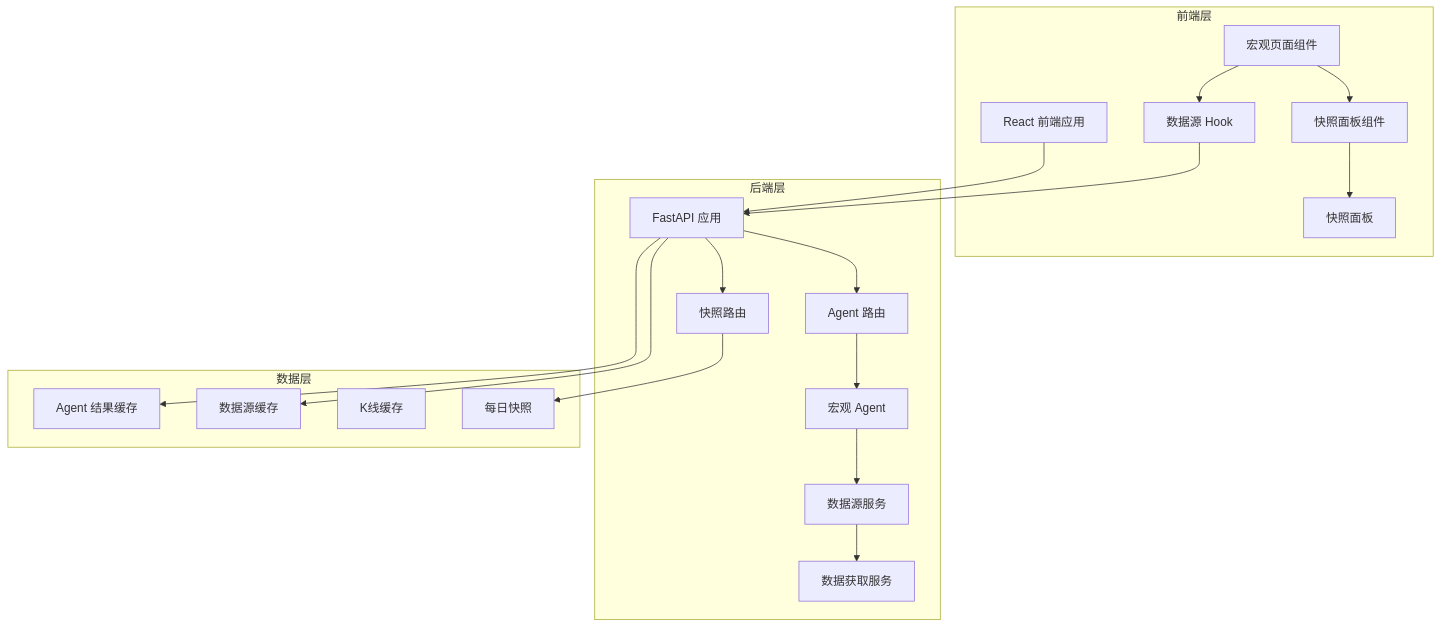
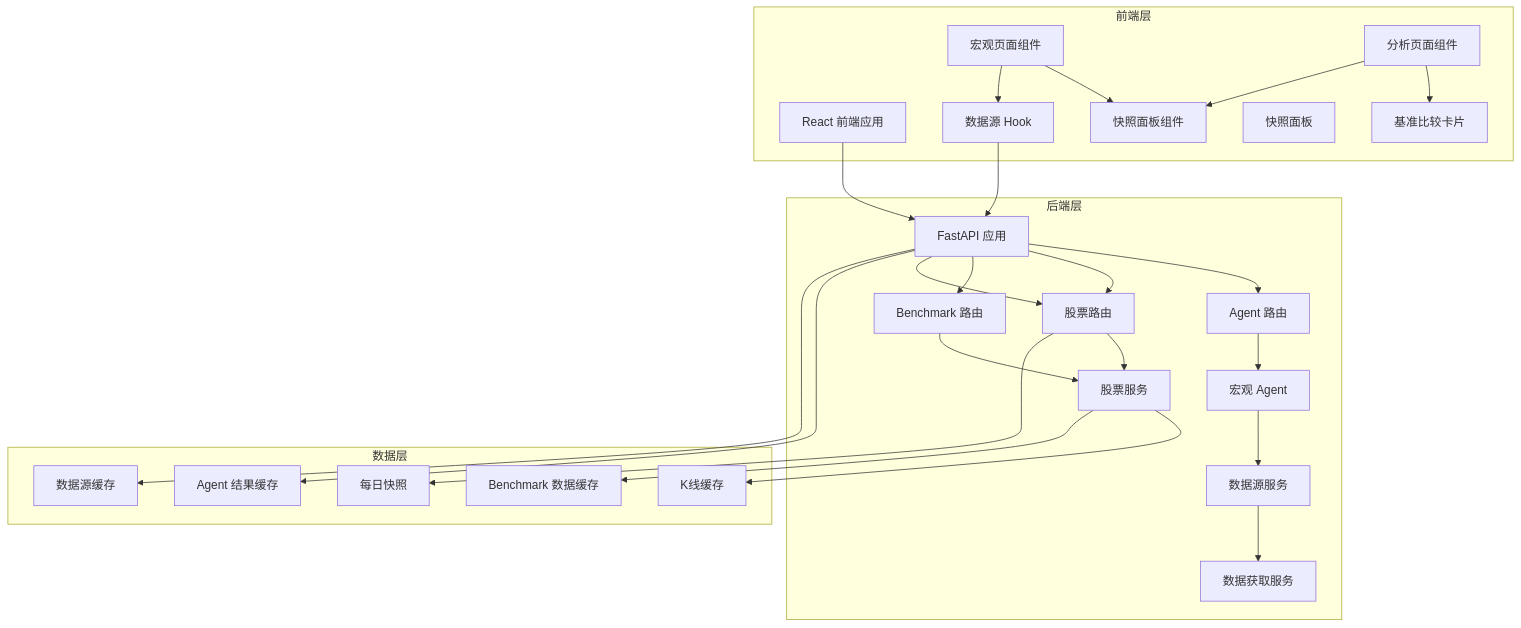
One commit to Moruime/stock_foker changed the first of 12 diagrams in .qoder/repowiki/zh/content/前端组件/页面组件/宏观页面增强功能.md. Above: the diagram before and after it, drawn with Mermaid. The commit also changed other lines of this file and 16 other files, not shown here.

````diff
--- a/.qoder/repowiki/zh/content/前端组件/页面组件/宏观页面增强功能.md
+++ b/.qoder/repowiki/zh/content/前端组件/页面组件/宏观页面增强功能.md
@@ -56,37 +57,49 @@
 ```mermaid
 graph TB
 subgraph "前端层"
 FP[React 前端应用]
 MP[宏观页面组件]
+AP[分析页面组件]
 DSP[快照面板组件]
 DS[数据源 Hook]
 SP[快照面板]
+BC[基准比较卡片]
 end
 subgraph "后端层"
 API[FastAPI 应用]
 AR[Agent 路由]
+SR[股票路由]
 MA[宏观 Agent]
+SS[股票服务]
 DSF[数据源服务]
 DF[数据获取服务]
-SR[快照路由]
+BR[Benchmark 路由]
 end
 subgraph "数据层"
 AC[Agent 结果缓存]
 DSC[数据源缓存]
 KC[K线缓存]
 DNS[每日快照]
+BD[Benchmark 数据缓存]
 end
 FP --> API
 MP --> DSP
-DSP --> SP
+AP --> BC
+AP --> DSP
 MP --> DS
 DS --> API
 API --> AR
+API --> SR
 AR --> MA
+SR --> SS
+SS --> KC
+SS --> BD
 MA --> DSF
 DSF --> DF
+API --> BR
+BR --> SS
 API --> SR
 SR --> DNS
 API --> AC
 API --> DSC
 ```
````
